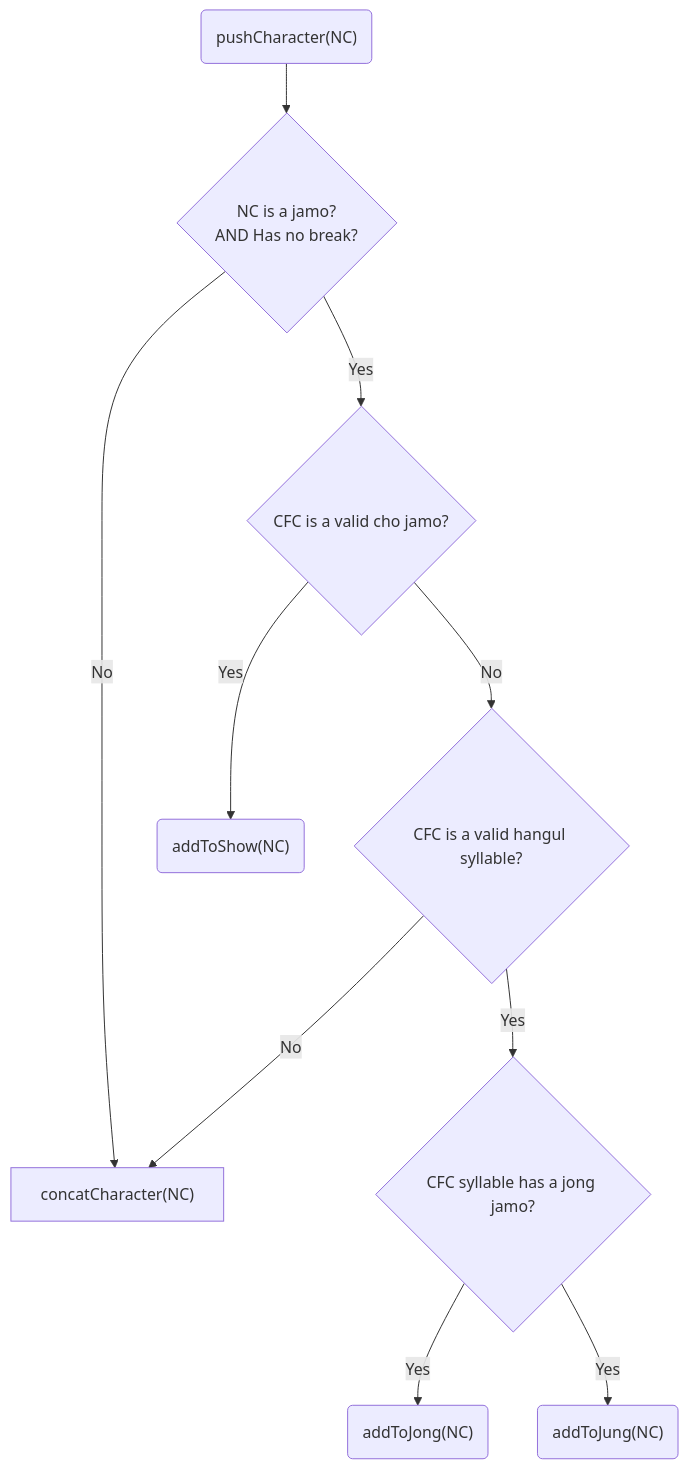
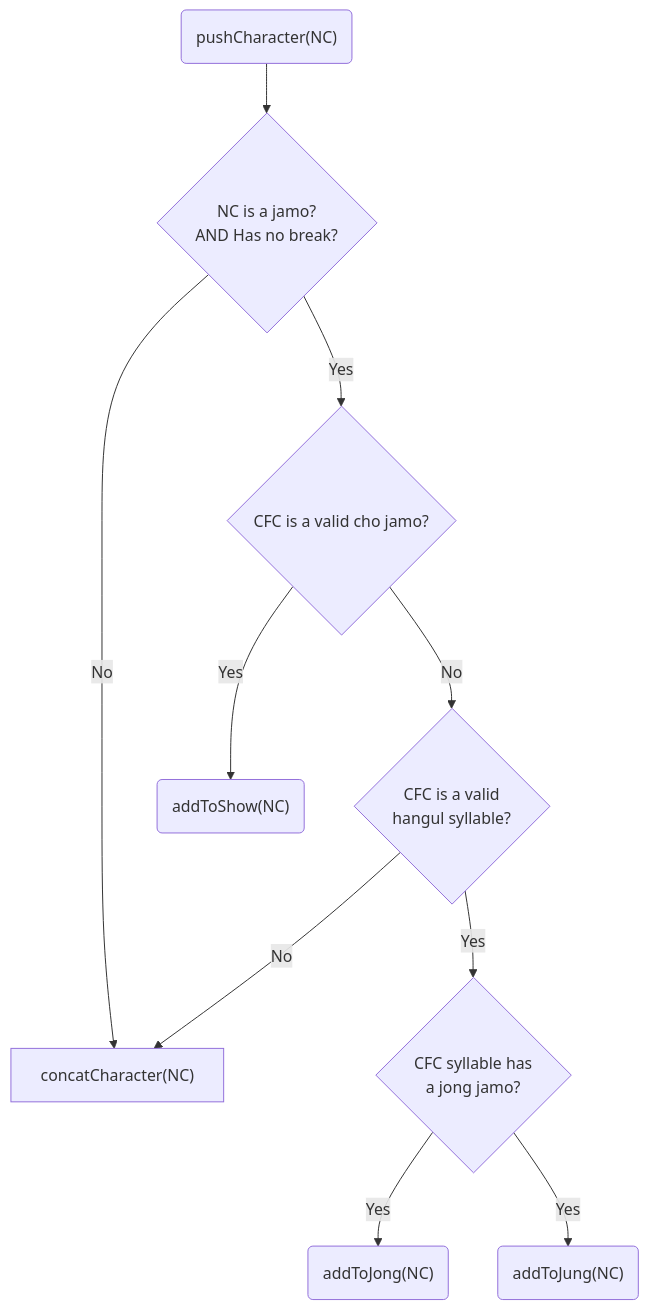
The first of 4 diagrams in doc/dev/hangul_input_flow.md (gsouf/dart-hangul), drawn with Mermaid before and after one commit. The commit also changed other lines of this file, not shown here.

````diff
--- a/doc/dev/hangul_input_flow.md
+++ b/doc/dev/hangul_input_flow.md
@@ -20,12 +20,12 @@
 ```mermaid
 graph TD
   A("pushCharacter(NC)") --> B{NC is a jamo? <br/> AND Has no break?}
   B --> |No| C["concatCharacter(NC)"]
   B --> |Yes| D{CFC is a valid cho jamo?}
   D --> |Yes| E("addToShow(NC)")
-  D --> |No| F{CFC is a valid hangul syllable?}
+  D --> |No| F{CFC is a valid<br/>hangul syllable?}
   F --> |No| C
-  F --> |Yes| G{CFC syllable has a jong jamo?}
+  F --> |Yes| G{CFC syllable has<br/>a jong jamo?}
   G --> |Yes| H("addToJong(NC)")
   G --> |Yes| I("addToJung(NC)")
 ```
````
